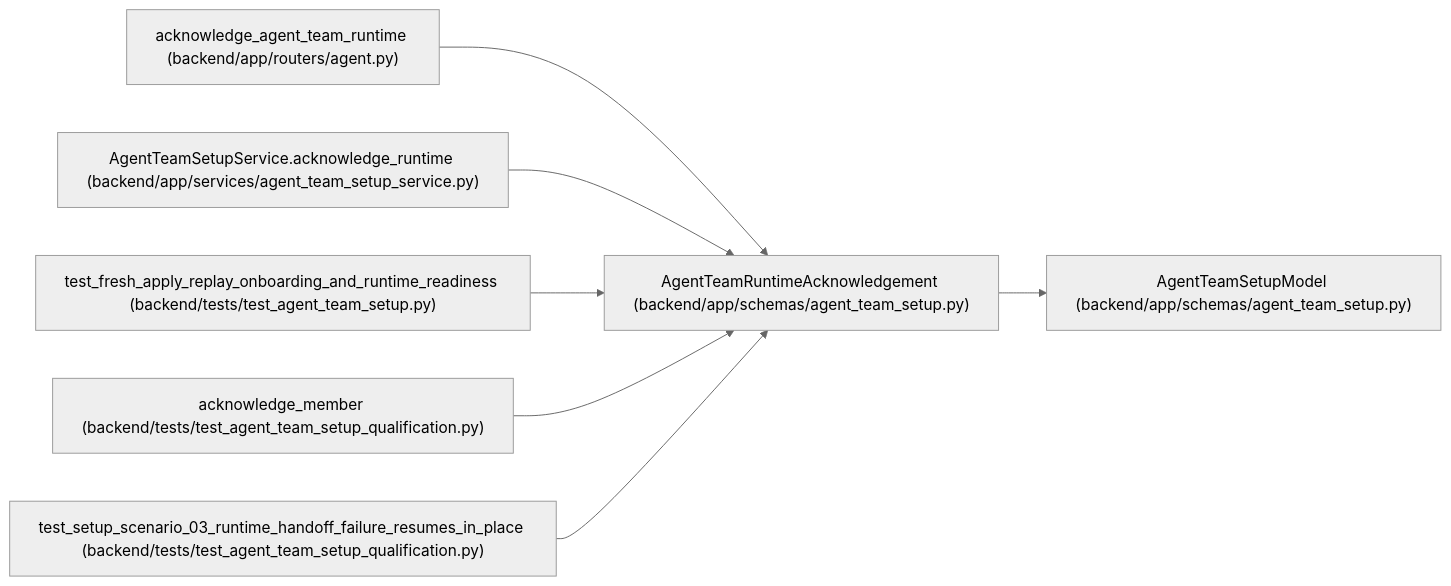
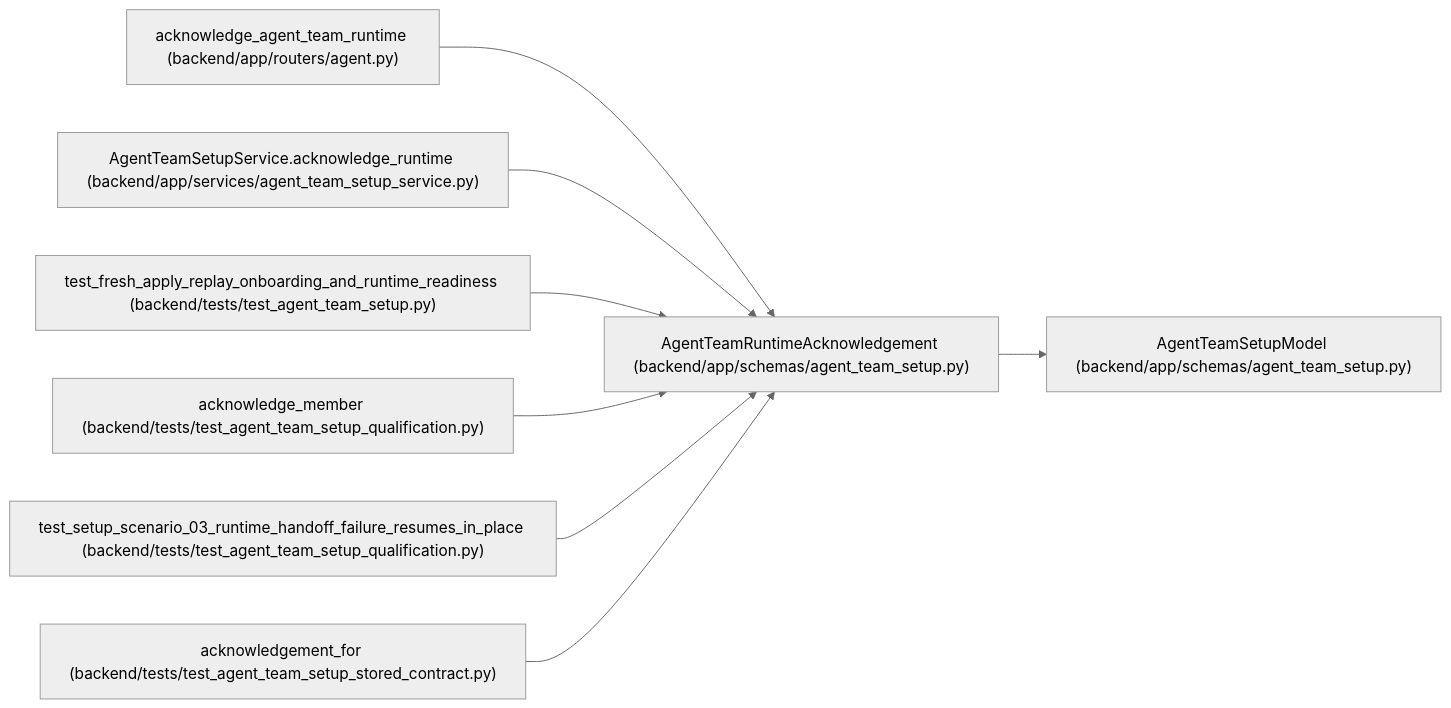
Before and after one commit to Denissvgn/WorkChord: the diagram in docs/llm_wiki/entities/AgentTeamRuntimeAcknowledgement.md, drawn with Mermaid (neutral theme). The commit also changed other lines of this file and 829 other files, not shown here.

Commit message:
docs(wiki): refresh for team contracts stored under earlier role rules

````diff
--- a/docs/llm_wiki/entities/AgentTeamRuntimeAcknowledgement.md
+++ b/docs/llm_wiki/entities/AgentTeamRuntimeAcknowledgement.md
@@ -45,23 +45,26 @@
 ```mermaid
 flowchart LR
     n0["AgentTeamRuntimeAcknowledgement (backend/app/schemas/agent_team_setup.py)"]
     n1["AgentTeamSetupModel (backend/app/schemas/agent_team_setup.py)"]
     n2["acknowledge_agent_team_runtime (backend/app/routers/agent.py)"]
     n3["AgentTeamSetupService.acknowledge_runtime (backend/app/services/agent_team_setup_service.py)"]
     n4["test_fresh_apply_replay_onboarding_and_runtime_readiness (backend/tests/test_agent_team_setup.py)"]
     n5["acknowledge_member (backend/tests/test_agent_team_setup_qualification.py)"]
     n6["test_setup_scenario_03_runtime_handoff_failure_resumes_in_place (backend/tests/test_agent_team_setup_qualification.py)"]
+    n7["acknowledgement_for (backend/tests/test_agent_team_setup_stored_contract.py)"]
     n0 --> n1
     n2 --> n0
     n3 --> n0
     n4 --> n0
     n5 --> n0
     n6 --> n0
+    n7 --> n0
     click n0 "../modules/agent_team_setup.md"
     click n1 "../modules/agent_team_setup.md"
     click n2 "../modules/routers_agent.md"
     click n3 "../modules/agent_team_setup_service.md"
     click n4 "../modules/test_agent_team_setup.md"
     click n5 "../modules/test_agent_team_setup_qualification.md"
     click n6 "../modules/test_agent_team_setup_qualification.md"
+    click n7 "../modules/test_agent_team_setup_stored_contract.md"
 ```
````
